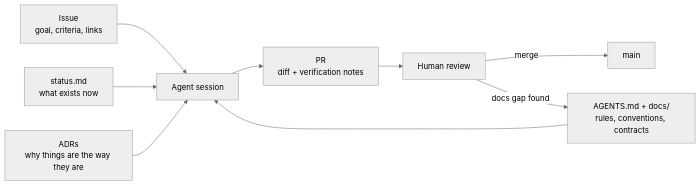
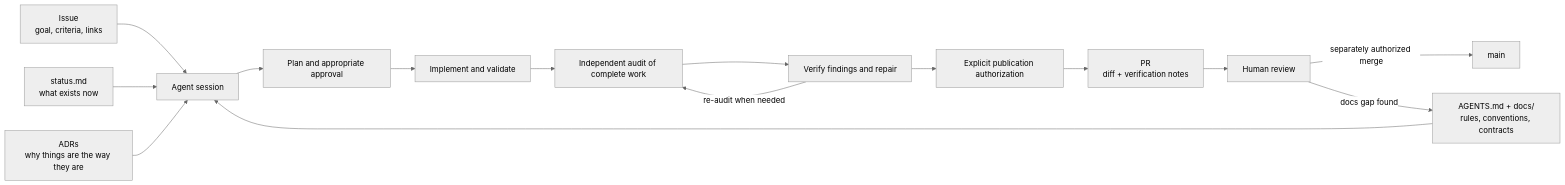
One commit to adillpickles/AutoClipper changed the diagram in docs/agents/README.md. Above: the diagram before and after it, drawn with Mermaid (neutral theme). The commit also changed other lines of this file and 40 other files, not shown here.

````diff
--- a/docs/agents/README.md
+++ b/docs/agents/README.md
@@ -17,11 +17,17 @@
 ```mermaid
 flowchart LR
     I[Issue<br/>goal, criteria, links] --> A[Agent session]
     D[AGENTS.md + docs/<br/>rules, conventions, contracts] --> A
     S[status.md<br/>what exists now] --> A
     ADR[ADRs<br/>why things are the way they are] --> A
-    A --> PR[PR<br/>diff + verification notes]
+    A --> PLAN[Plan and appropriate approval]
+    PLAN --> WORK[Implement and validate]
+    WORK --> AUDIT[Independent audit of complete work]
+    AUDIT --> FIX[Verify findings and repair]
+    FIX -->|re-audit when needed| AUDIT
+    FIX --> AUTH[Explicit publication authorization]
+    AUTH --> PR[PR<br/>diff + verification notes]
     PR --> R[Human review]
-    R -->|merge| M[main]
+    R -->|separately authorized merge| M[main]
     R -->|"docs gap found"| D
 ```
````
